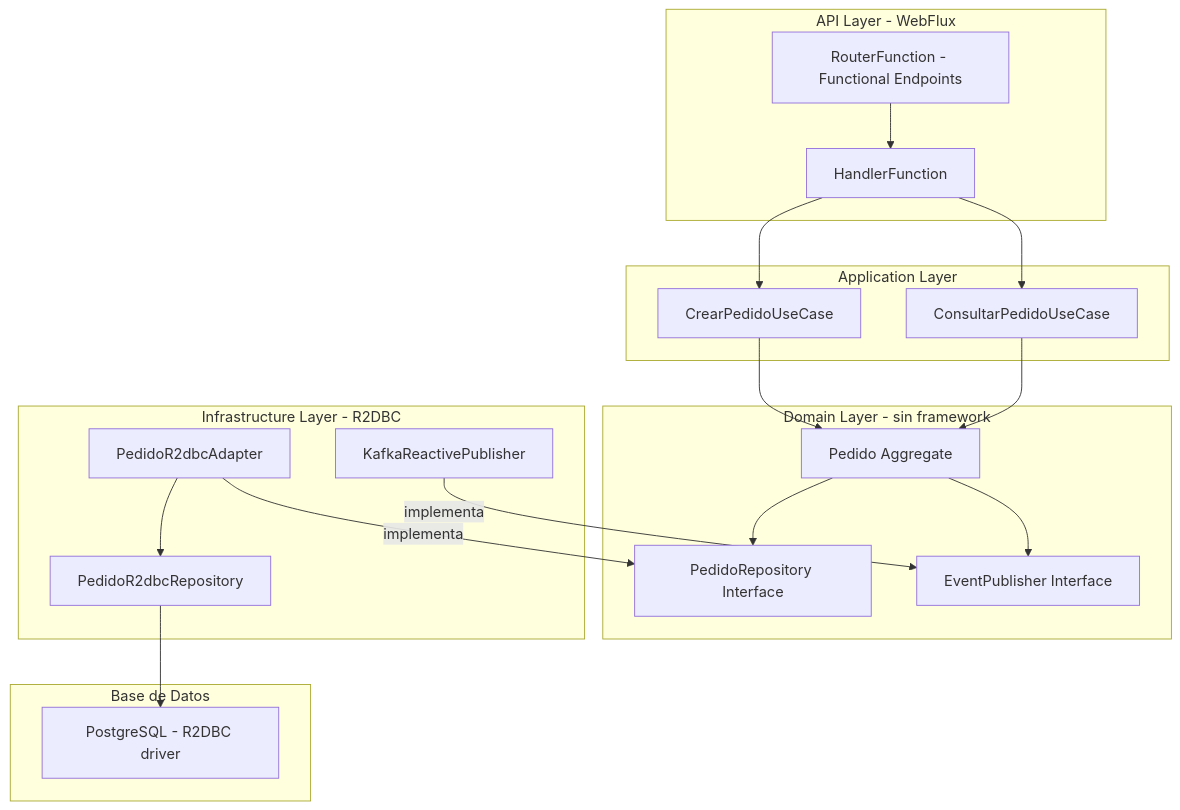
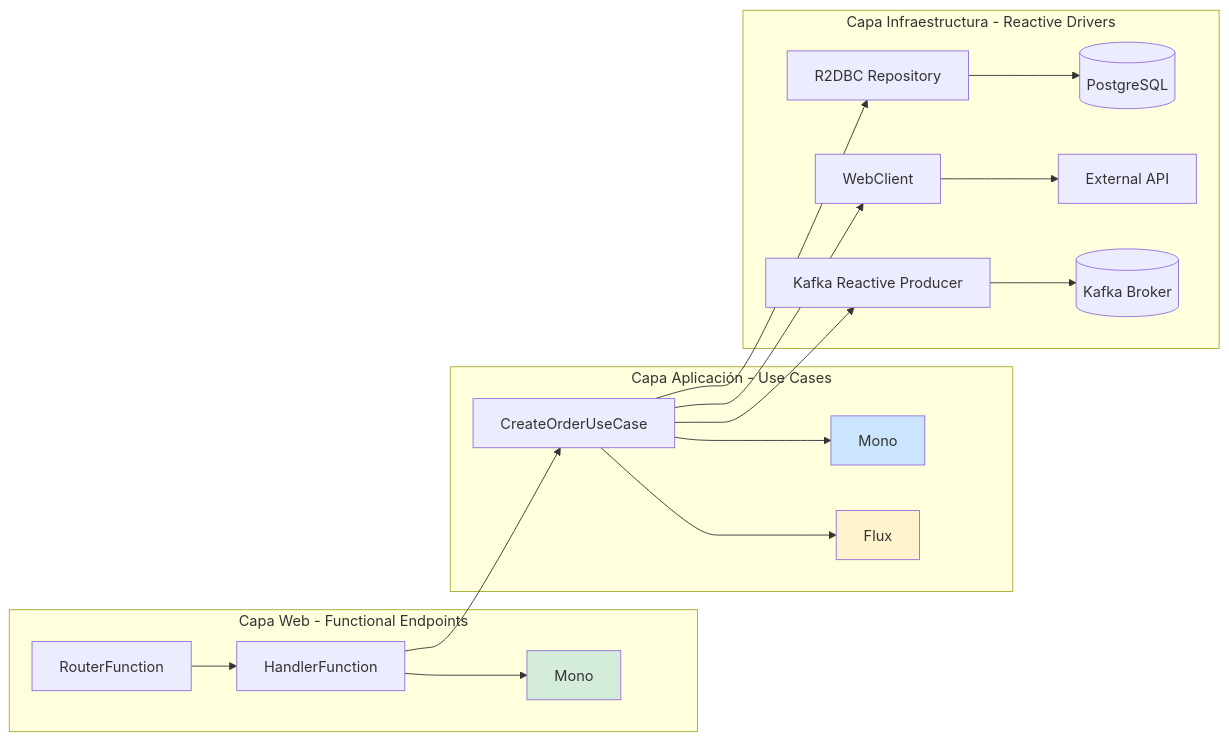
Before and after one commit to Joaquinriosheredia/DAM-Java-Mastery: the second of 4 diagrams in 02_Arquitectura/arquitectura_de_microservicios_reactivos_con_spring_boot_3.3_y_r2dbc_STAFF.md, drawn with Mermaid. The commit also changed other lines of this file, not shown here.

Commit message:
arquitectura_de_microservicios_reactivos_con_spring_boot_3.3_y_r2dbc_STAFF.md

````diff
--- a/02_Arquitectura/arquitectura_de_microservicios_reactivos_con_spring_boot_3.3_y_r2dbc_STAFF.md
+++ b/02_Arquitectura/arquitectura_de_microservicios_reactivos_con_spring_boot_3.3_y_r2dbc_STAFF.md
@@ -56,35 +116,27 @@
 ```mermaid
-graph TD
-    subgraph API Layer - WebFlux
-        A[RouterFunction - Functional Endpoints]
-        B[HandlerFunction]
+graph LR
+    subgraph "Capa Web - Functional Endpoints"
+        ROUTER[RouterFunction] --> HANDLER[HandlerFunction]
+        HANDLER --> MONO_RESP[Mono<ServerResponse>]
     end
-    subgraph Application Layer
-        C[CrearPedidoUseCase]
-        D[ConsultarPedidoUseCase]
+    
+    subgraph "Capa Aplicación - Use Cases"
+        USECASE[CreateOrderUseCase] --> MONO_ID[Mono<OrderId>]
+        USECASE --> FLUX_EVENTS[Flux<OrderEvent>]
     end
-    subgraph Domain Layer - sin framework
-        E[Pedido Aggregate]
-        F[PedidoRepository Interface]
-        G[EventPublisher Interface]
+    
+    subgraph "Capa Infraestructura - Reactive Drivers"
+        R2DBC[R2DBC Repository] --> DB[(PostgreSQL)]
+        WEBCLIENT[WebClient] --> EXT[External API]
+        KAFKA[Kafka Reactive Producer] --> BROKER[(Kafka Broker)]
     end
-    subgraph Infrastructure Layer - R2DBC
-        H[PedidoR2dbcRepository]
-        I[PedidoR2dbcAdapter]
-        J[KafkaReactivePublisher]
-    end
-    subgraph Base de Datos
-        K[PostgreSQL - R2DBC driver]
-    end
-    A --> B
-    B --> C
-    B --> D
-    C --> E
-    D --> E
-    E --> F
-    E --> G
-    I -->|implementa| F
-    J -->|implementa| G
-    I --> H
-    H --> K
+    
+    HANDLER --> USECASE
+    USECASE --> R2DBC
+    USECASE --> WEBCLIENT
+    USECASE --> KAFKA
+    
+    style MONO_RESP fill:#d4edda
+    style MONO_ID fill:#cce5ff
+    style FLUX_EVENTS fill:#fff3cd
 ```
````
